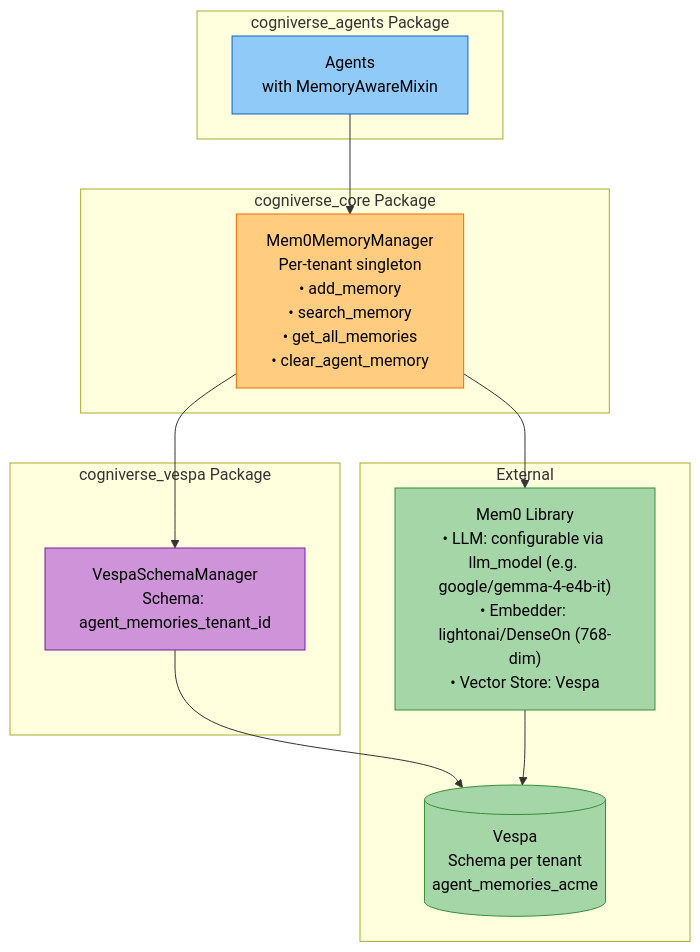
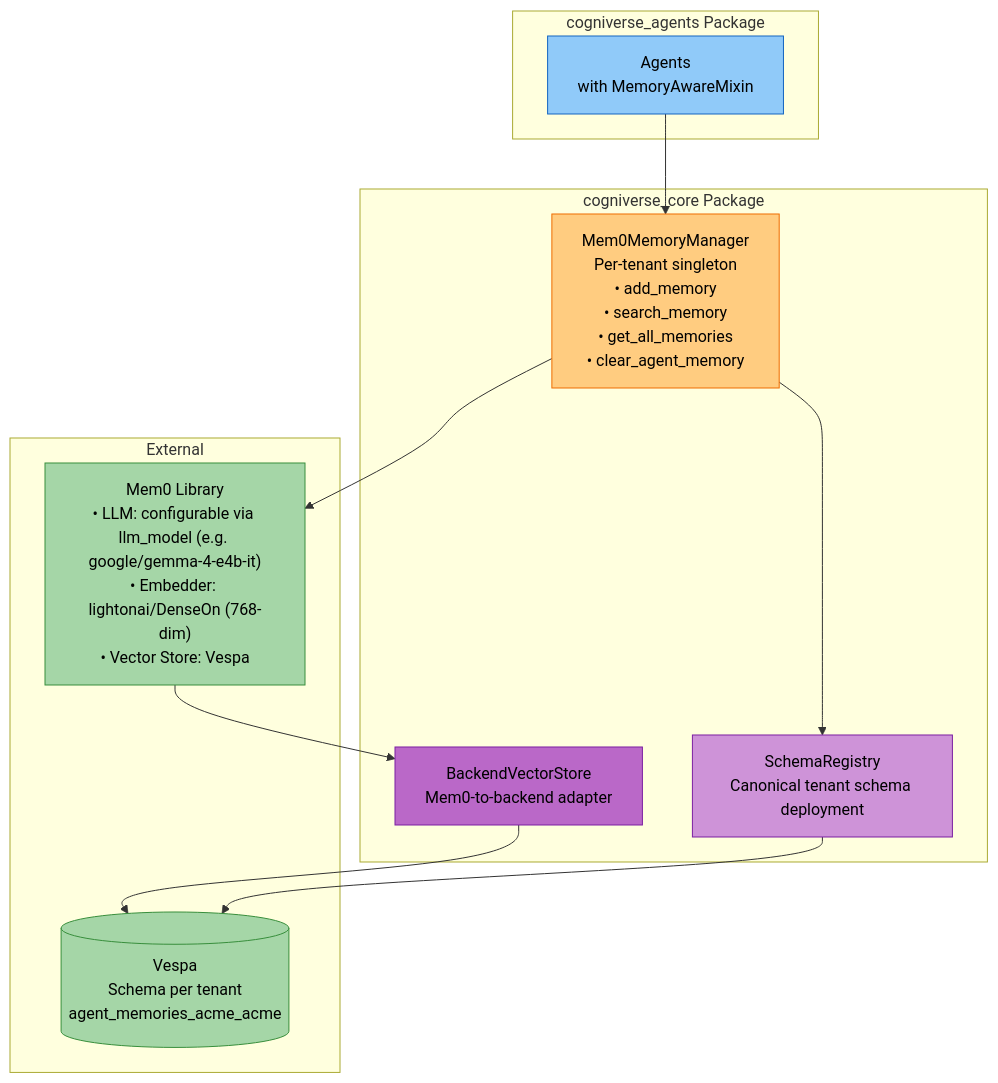
Before and after one commit to amit-jain/cogniverse: the second of 4 diagrams in docs/modules/common.md, drawn with Mermaid. The commit also changed other lines of this file and 292 other files, not shown here.

````diff
--- a/docs/modules/common.md
+++ b/docs/modules/common.md
@@ -121,31 +170,31 @@
 ```mermaid
 flowchart TB
     subgraph "cogniverse_agents Package"
         AgentLayer["<span style='color:#000'>Agents<br/>with MemoryAwareMixin</span>"]
     end
 
     subgraph "cogniverse_core Package"
         MemoryManager["<span style='color:#000'>Mem0MemoryManager<br/>Per-tenant singleton<br/>• add_memory<br/>• search_memory<br/>• get_all_memories<br/>• clear_agent_memory</span>"]
-    end
-
-    subgraph "cogniverse_vespa Package"
-        SchemaManager["<span style='color:#000'>VespaSchemaManager<br/>Schema: agent_memories_tenant_id</span>"]
+        SchemaRegistry["<span style='color:#000'>SchemaRegistry<br/>Canonical tenant schema deployment</span>"]
+        BackendStore["<span style='color:#000'>BackendVectorStore<br/>Mem0-to-backend adapter</span>"]
     end
 
     subgraph External
         Mem0Lib["<span style='color:#000'>Mem0 Library<br/>• LLM: configurable via llm_model (e.g. google/gemma-4-e4b-it)<br/>• Embedder: lightonai/DenseOn (768-dim)<br/>• Vector Store: Vespa</span>"]
-        VespaDB[("<span style='color:#000'>Vespa<br/>Schema per tenant<br/>agent_memories_acme</span>")]
+        VespaDB[("<span style='color:#000'>Vespa<br/>Schema per tenant<br/>agent_memories_acme_acme</span>")]
     end
 
     AgentLayer --> MemoryManager
-    MemoryManager --> SchemaManager
+    MemoryManager --> SchemaRegistry
     MemoryManager --> Mem0Lib
-    SchemaManager --> VespaDB
-    Mem0Lib --> VespaDB
+    SchemaRegistry --> VespaDB
+    Mem0Lib --> BackendStore
+    BackendStore --> VespaDB
 
     style AgentLayer fill:#90caf9,stroke:#1565c0,color:#000
     style MemoryManager fill:#ffcc80,stroke:#ef6c00,color:#000
-    style SchemaManager fill:#ce93d8,stroke:#7b1fa2,color:#000
+    style SchemaRegistry fill:#ce93d8,stroke:#7b1fa2,color:#000
+    style BackendStore fill:#ba68c8,stroke:#7b1fa2,color:#000
     style Mem0Lib fill:#a5d6a7,stroke:#388e3c,color:#000
     style VespaDB fill:#a5d6a7,stroke:#388e3c,color:#000
 ```
````
